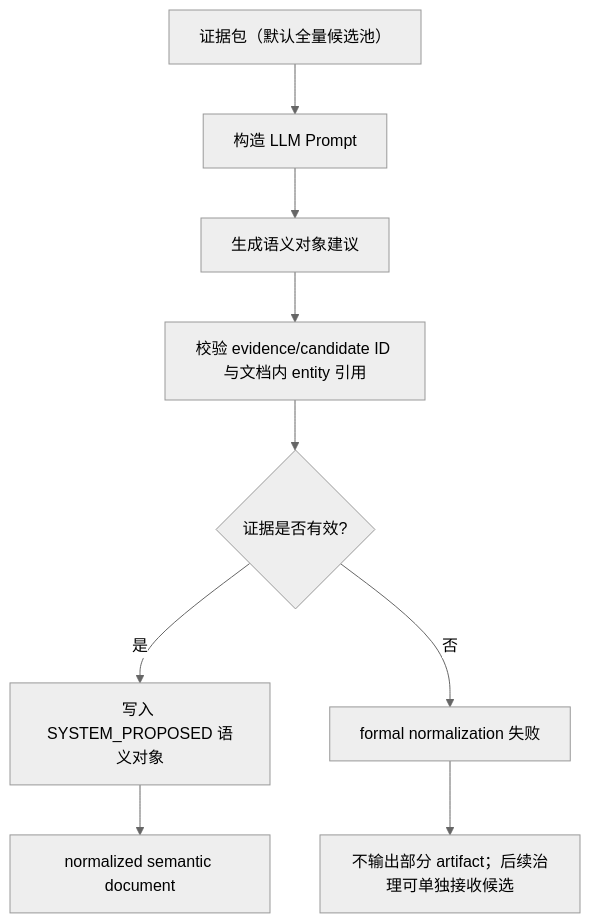
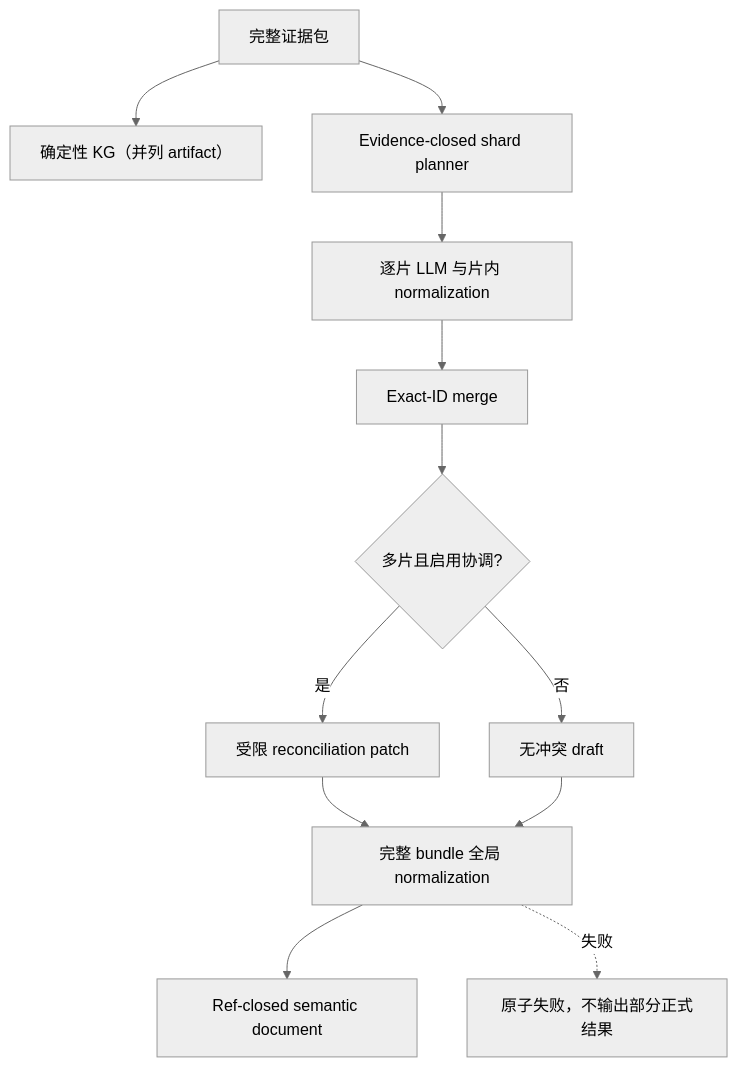
One commit to xiaoguang/relation-detector changed the first of 2 diagrams in docs/design/semantic-layer/03-llm-semantic-enricher.md. Above: the diagram before and after it, drawn with Mermaid (neutral theme). The commit also changed other lines of this file and 69 other files, not shown here.

Commit message:
feat: add evidence-grounded semantic sharding

````diff
--- a/docs/design/semantic-layer/03-llm-semantic-enricher.md
+++ b/docs/design/semantic-layer/03-llm-semantic-enricher.md
@@ -271,11 +374,14 @@
 ```mermaid
 flowchart TD
-  A["证据包（默认全量候选池）"] --> B["构造 LLM Prompt"]
-  B --> C["生成语义对象建议"]
-  C --> D["校验 evidence/candidate ID 与文档内 entity 引用"]
-  D --> E{"证据是否有效?"}
-  E -- "是" --> F["写入 SYSTEM_PROPOSED 语义对象"]
-  E -- "否" --> G["formal normalization 失败"]
-  F --> H["normalized semantic document"]
-  G --> I["不输出部分 artifact；后续治理可单独接收候选"]
+  A["完整证据包"] --> B["确定性 KG（并列 artifact）"]
+  A --> C["Evidence-closed shard planner"]
+  C --> D["逐片 LLM 与片内 normalization"]
+  D --> E["Exact-ID merge"]
+  E --> F{"多片且启用协调?"}
+  F -- "是" --> G["受限 reconciliation patch"]
+  F -- "否" --> H["无冲突 draft"]
+  G --> I["完整 bundle 全局 normalization"]
+  H --> I
+  I --> J["Ref-closed semantic document"]
+  I -. "失败" .-> K["原子失败，不输出部分正式结果"]
 ```
````
